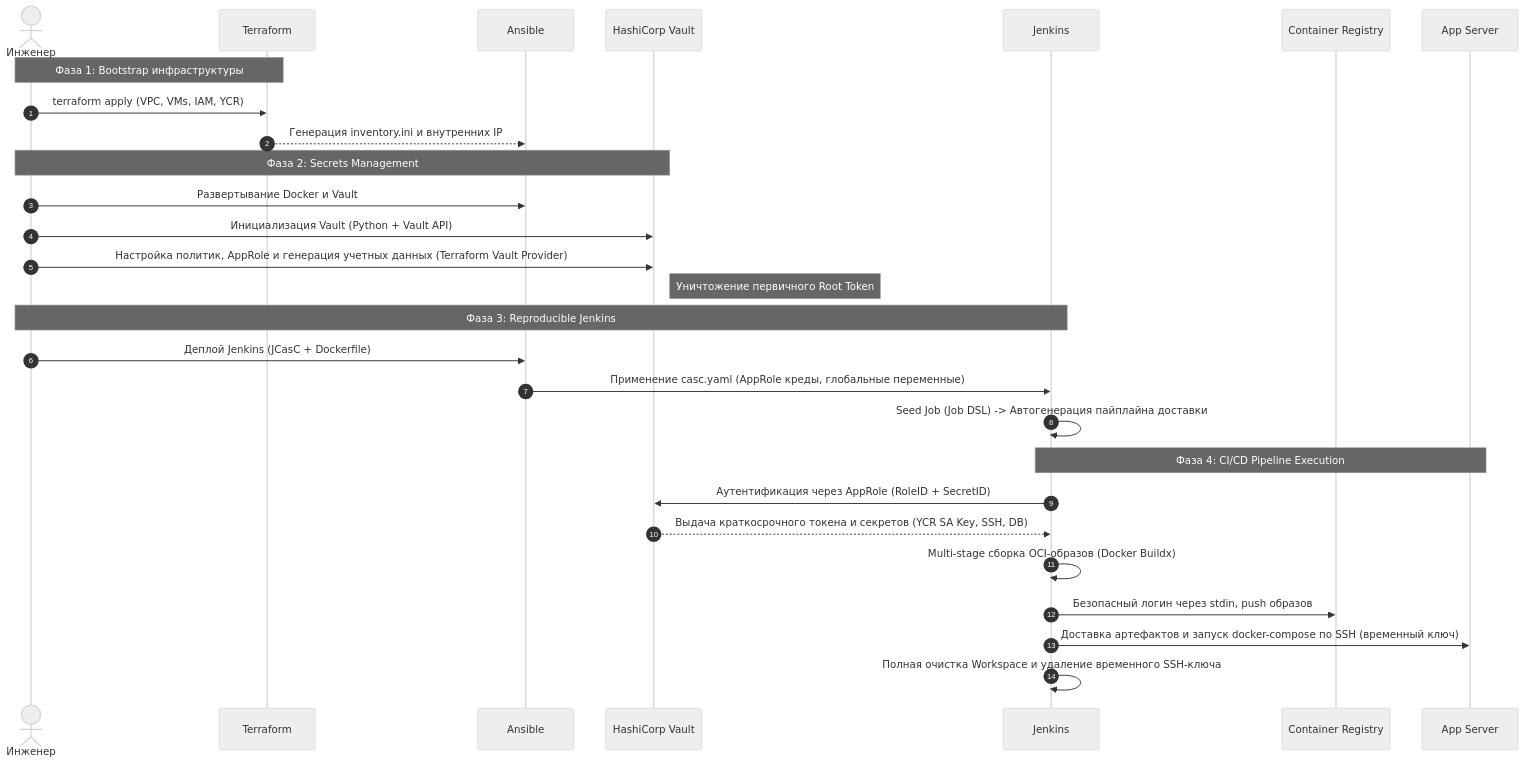
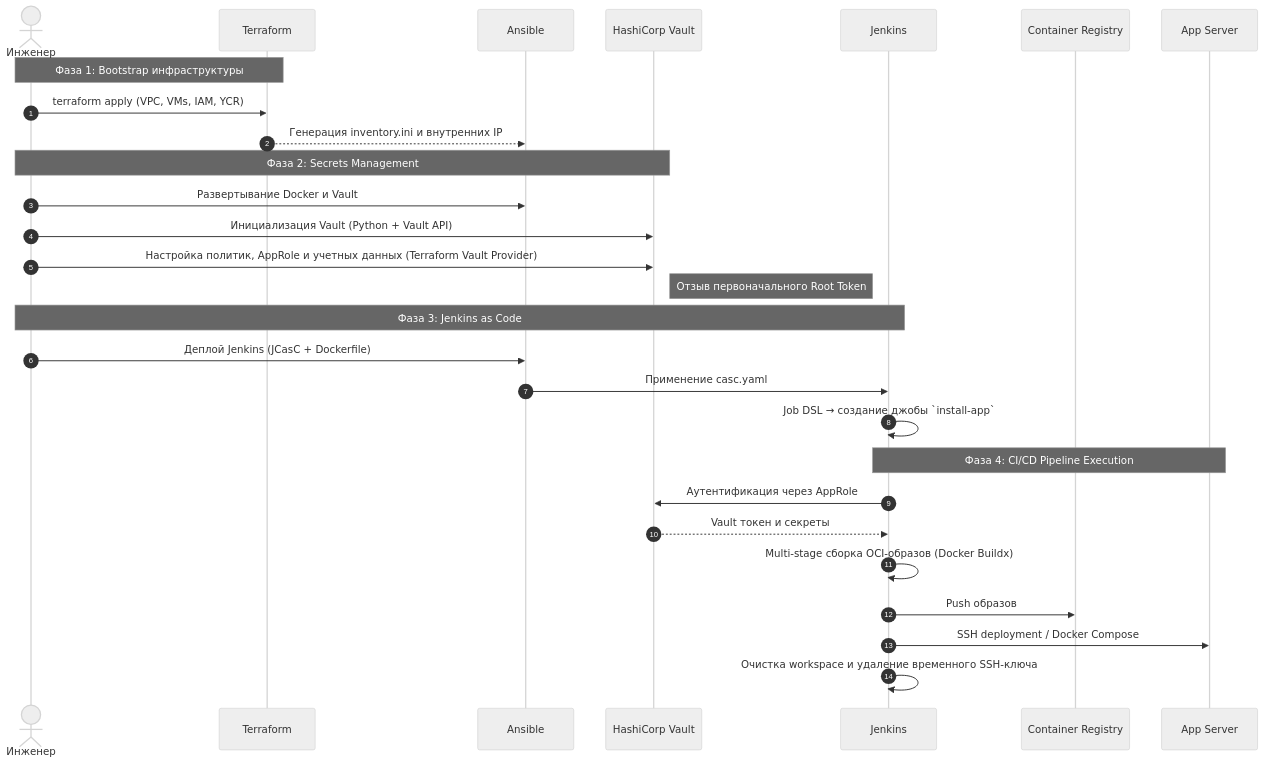
Before and after one commit to h0ttab/devops-cloud-project: the second of 2 diagrams in README.md, drawn with Mermaid (neutral theme). The commit also changed other lines of this file, not shown here.

````diff
--- a/README.md
+++ b/README.md
@@ -56,34 +113,42 @@
 ```mermaid
 sequenceDiagram
+
     autonumber
+
     actor Admin as Инженер
     participant TF as Terraform
     participant Ans as Ansible
     participant V as HashiCorp Vault
     participant J as Jenkins
     participant YCR as Container Registry
     participant App as App Server
 
     Note over Admin,TF: Фаза 1: Bootstrap инфраструктуры
+
     Admin->>TF: terraform apply (VPC, VMs, IAM, YCR)
     TF-->>Ans: Генерация inventory.ini и внутренних IP
 
     Note over Admin,V: Фаза 2: Secrets Management
+
     Admin->>Ans: Развертывание Docker и Vault
     Admin->>V: Инициализация Vault (Python + Vault API)
-    Admin->>V: Настройка политик, AppRole и генерация учетных данных (Terraform Vault Provider)
-    Note right of V: Уничтожение первичного Root Token
+    Admin->>V: Настройка политик, AppRole и учетных данных (Terraform Vault Provider)
 
-    Note over Admin,J: Фаза 3: Reproducible Jenkins
+    Note right of V: Отзыв первоначального Root Token
+
+    Note over Admin,J: Фаза 3: Jenkins as Code
+
     Admin->>Ans: Деплой Jenkins (JCasC + Dockerfile)
-    Ans->>J: Применение casc.yaml (AppRole креды, глобальные переменные)
-    J->>J: Seed Job (Job DSL) -> Автогенерация пайплайна доставки
+    Ans->>J: Применение casc.yaml
+    J->>J: Job DSL → создание джобы `install-app`
 
     Note over J,App: Фаза 4: CI/CD Pipeline Execution
-    J->>V: Аутентификация через AppRole (RoleID + SecretID)
-    V-->>J: Выдача краткосрочного токена и секретов (YCR SA Key, SSH, DB)
+
+    J->>V: Аутентификация через AppRole
+    V-->>J: Vault токен и секреты
+
     J->>J: Multi-stage сборка OCI-образов (Docker Buildx)
-    J->>YCR: Безопасный логин через stdin, push образов
-    J->>App: Доставка артефактов и запуск docker-compose по SSH (временный ключ)
-    J->>J: Полная очистка Workspace и удаление временного SSH-ключа
+    J->>YCR: Push образов
+    J->>App: SSH deployment / Docker Compose
+    J->>J: Очистка workspace и удаление временного SSH-ключа
 ```
````
